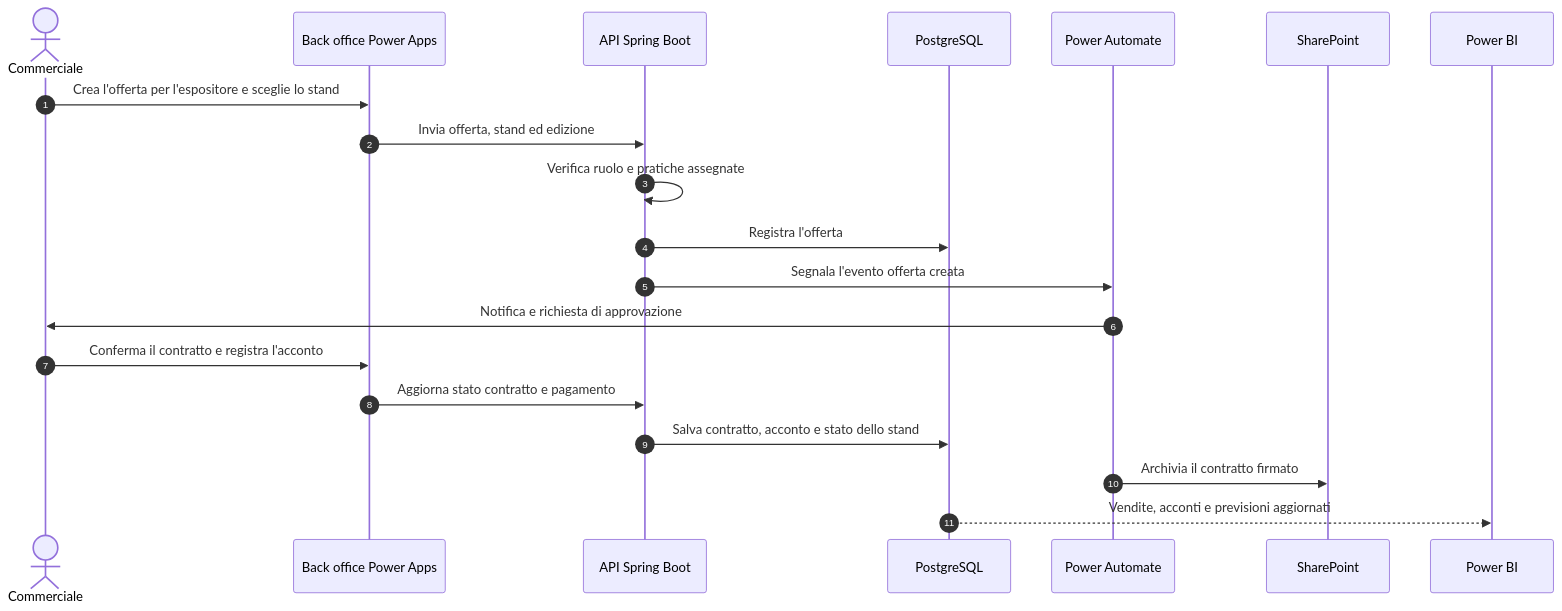
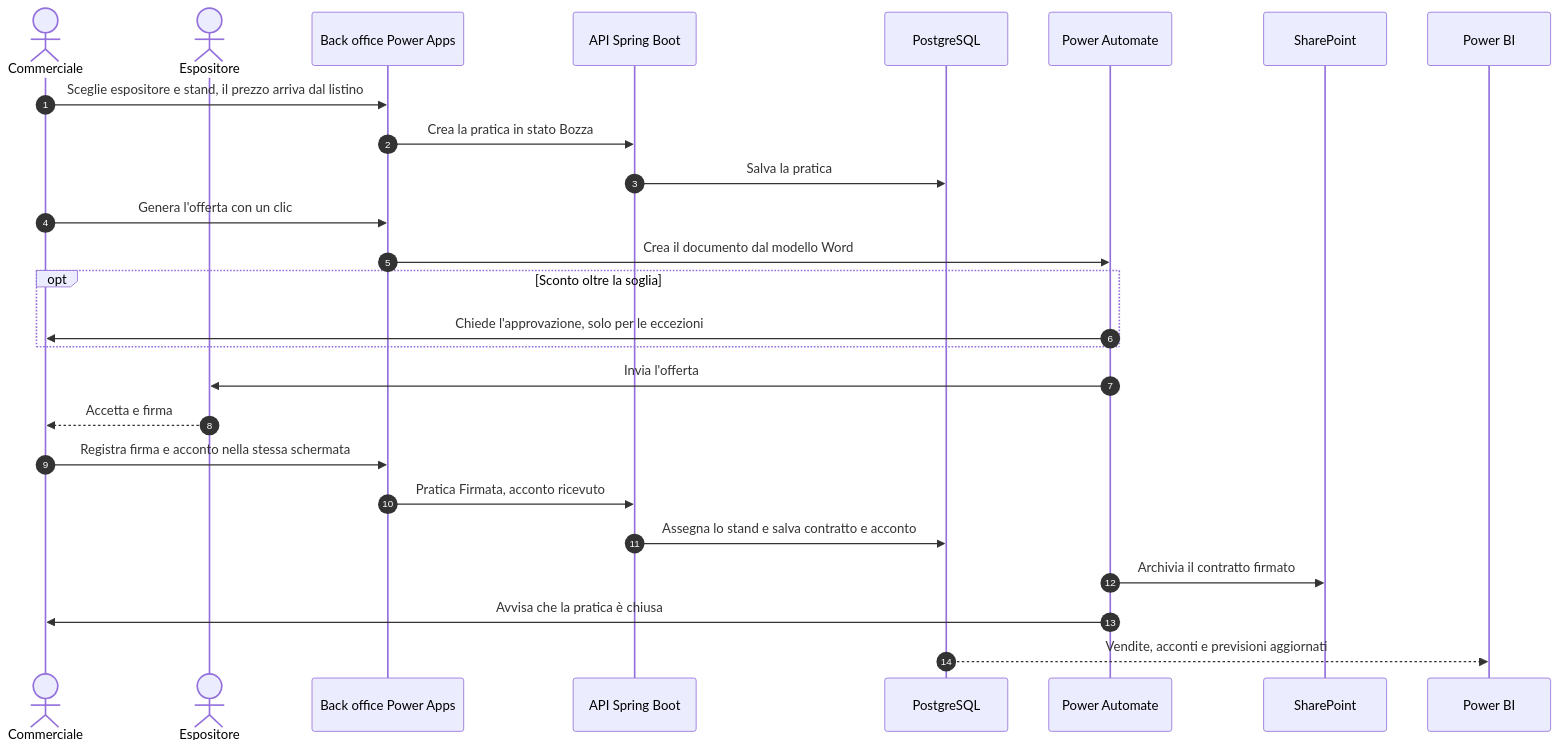
Before and after one commit to stand-up-arcade-milan/Standup-platform: the second of 5 diagrams in README.md, drawn with Mermaid. The commit also changed other lines of this file and 3 other files, not shown here.

Commit message:
docs: aggiorna piano, flusso commerciale, stima dal peso e privacy by design

````diff
--- a/README.md
+++ b/README.md
@@ -144,23 +147,29 @@
 ```mermaid
 sequenceDiagram
     autonumber
     actor Com as Commerciale
+    actor Esp as Espositore
     participant PA as Back office Power Apps
     participant API as API Spring Boot
     participant DB as PostgreSQL
     participant FLOW as Power Automate
     participant SP as SharePoint
     participant BI as Power BI
 
-    Com->>PA: Crea l'offerta per l'espositore e sceglie lo stand
-    PA->>API: Invia offerta, stand ed edizione
-    API->>API: Verifica ruolo e pratiche assegnate
-    API->>DB: Registra l'offerta
-    API->>FLOW: Segnala l'evento offerta creata
-    FLOW->>Com: Notifica e richiesta di approvazione
-    Com->>PA: Conferma il contratto e registra l'acconto
-    PA->>API: Aggiorna stato contratto e pagamento
-    API->>DB: Salva contratto, acconto e stato dello stand
+    Com->>PA: Sceglie espositore e stand, il prezzo arriva dal listino
+    PA->>API: Crea la pratica in stato Bozza
+    API->>DB: Salva la pratica
+    Com->>PA: Genera l'offerta con un clic
+    PA->>FLOW: Crea il documento dal modello Word
+    opt Sconto oltre la soglia
+        FLOW->>Com: Chiede l'approvazione, solo per le eccezioni
+    end
+    FLOW->>Esp: Invia l'offerta
+    Esp-->>Com: Accetta e firma
+    Com->>PA: Registra firma e acconto nella stessa schermata
+    PA->>API: Pratica Firmata, acconto ricevuto
+    API->>DB: Assegna lo stand e salva contratto e acconto
     FLOW->>SP: Archivia il contratto firmato
+    FLOW->>Com: Avvisa che la pratica è chiusa
     DB-->>BI: Vendite, acconti e previsioni aggiornati
 ```
````
